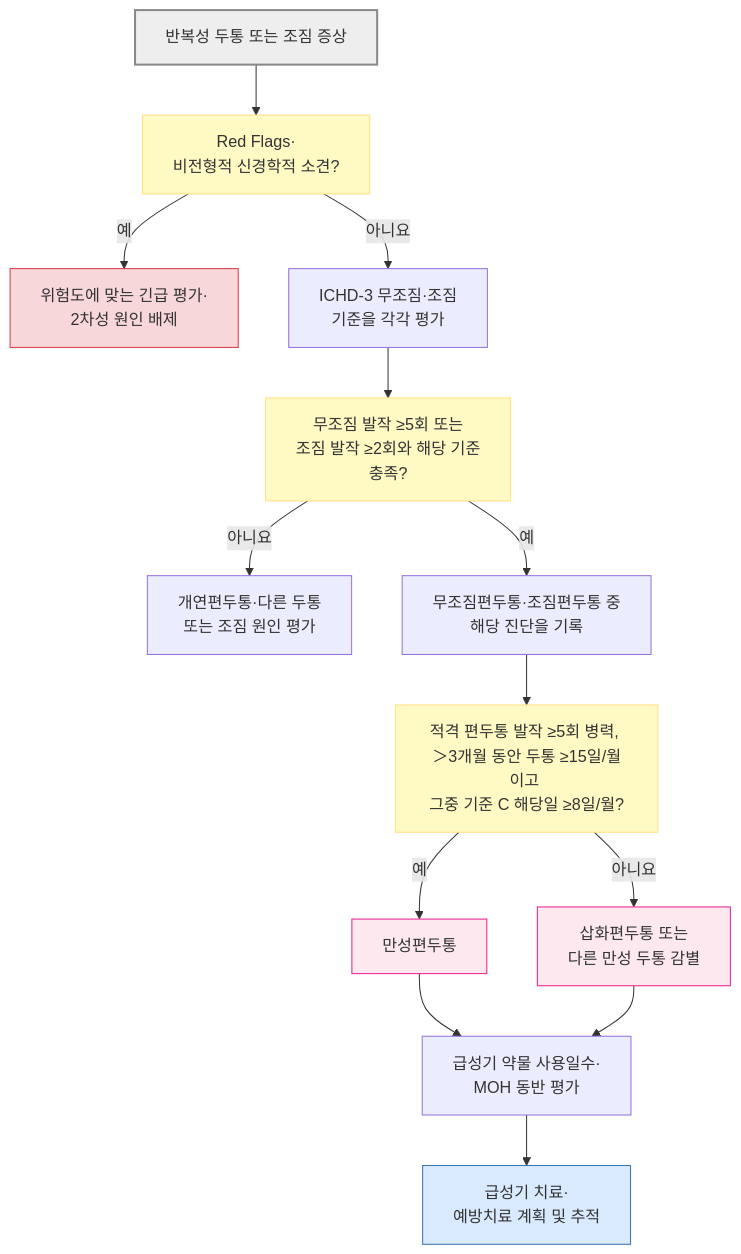
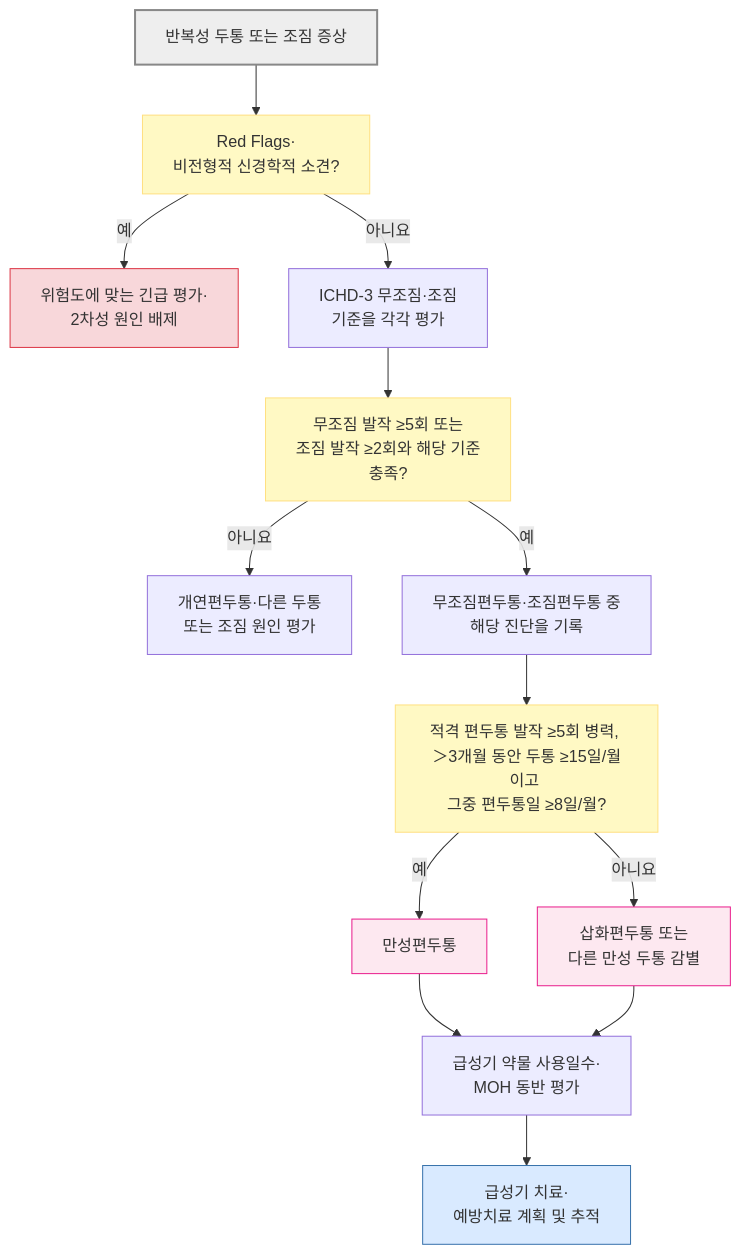
The first of 2 diagrams in 221_/016_-migraine.md (familyoh77/familyoh77), drawn with Mermaid before and after one commit. The commit also changed other lines of this file, not shown here.

````diff
--- a/221_/016_-migraine.md
+++ b/221_/016_-migraine.md
@@ -177,26 +181,25 @@
 ```mermaid
 flowchart TD
     A["반복성 두통 또는 조짐 증상"] --> B["Red Flags·<br/>비전형적 신경학적 소견?"]
     B -- "예" --> C["위험도에 맞는 긴급 평가·<br/>2차성 원인 배제"]
     B -- "아니요" --> D["ICHD-3 무조짐·조짐 <br/>기준을 각각 평가"]
     D --> E["무조짐 발작 ≥5회 또는 <br/>조짐 발작 ≥2회와 해당 기준 <br/>충족?"]
     E -- "아니요" --> F["개연편두통·다른 두통 <br/>또는 조짐 원인 평가"]
     E -- "예" --> G["무조짐편두통·조짐편두통 중 <br/>해당 진단을 기록"]
-    G --> H["적격 편두통 발작 ≥5회 병력, <br/>＞3개월 동안 두통 ≥15일/월이고 <br/>그중 기준 C 해당일 ≥8일/월?"]
+    G --> H["적격 편두통 발작 ≥5회 병력, <br/>＞3개월 동안 두통 ≥15일/월이고 <br/>그중 편두통일 ≥8일/월?"]
     H -- "예" --> I["만성편두통"]
     H -- "아니요" --> J["삽화편두통 또는 <br/>다른 만성 두통 감별"]
     I --> K["급성기 약물 사용일수·<br/>MOH 동반 평가"]
     J --> K
     K --> L["급성기 치료·<br/>예방치료 계획 및 추적"]
-
 classDef start fill:#eeeeee,stroke:#888888,stroke-width:2px;
 classDef decision fill:#fff9c4,stroke:#ffe082;
 classDef emergency fill:#f8d7da,stroke:#dc3545;
 classDef diagnosis fill:#fde8f0,stroke:#e91e8c;
 classDef care fill:#d9eaff,stroke:#3973ac;
 class A start;
 class B,E,H decision;
 class C emergency;
 class I,J diagnosis;
 class L care;
 ```
````
